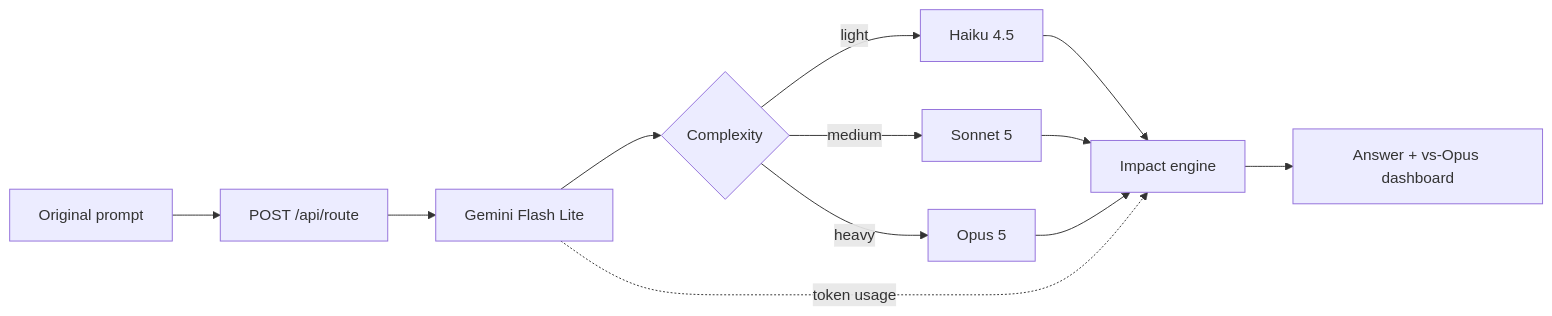
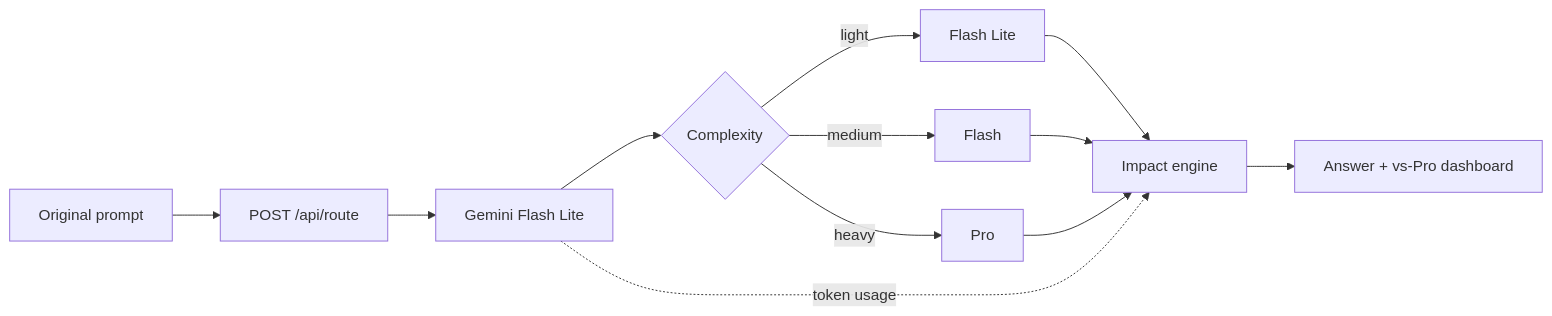
Before and after one commit to mirabellebrown/climate-hackathon-2026: the diagram in README.md, drawn with Mermaid. The commit also changed other lines of this file and 55 other files, not shown here.

````diff
--- a/README.md
+++ b/README.md
@@ -30,14 +30,14 @@
 ```mermaid
 flowchart LR
   prompt[Original prompt] --> api[POST /api/route]
   api --> classifier[Gemini Flash Lite]
   classifier --> tier{Complexity}
-  tier -->|light| haiku[Haiku 4.5]
-  tier -->|medium| sonnet[Sonnet 5]
-  tier -->|heavy| opus[Opus 5]
-  haiku --> impact[Impact engine]
-  sonnet --> impact
-  opus --> impact
+  tier -->|light| lite[Flash Lite]
+  tier -->|medium| flash[Flash]
+  tier -->|heavy| pro[Pro]
+  lite --> impact[Impact engine]
+  flash --> impact
+  pro --> impact
   classifier -. token usage .-> impact
-  impact --> ui[Answer + vs-Opus dashboard]
+  impact --> ui[Answer + vs-Pro dashboard]
 ```
````
